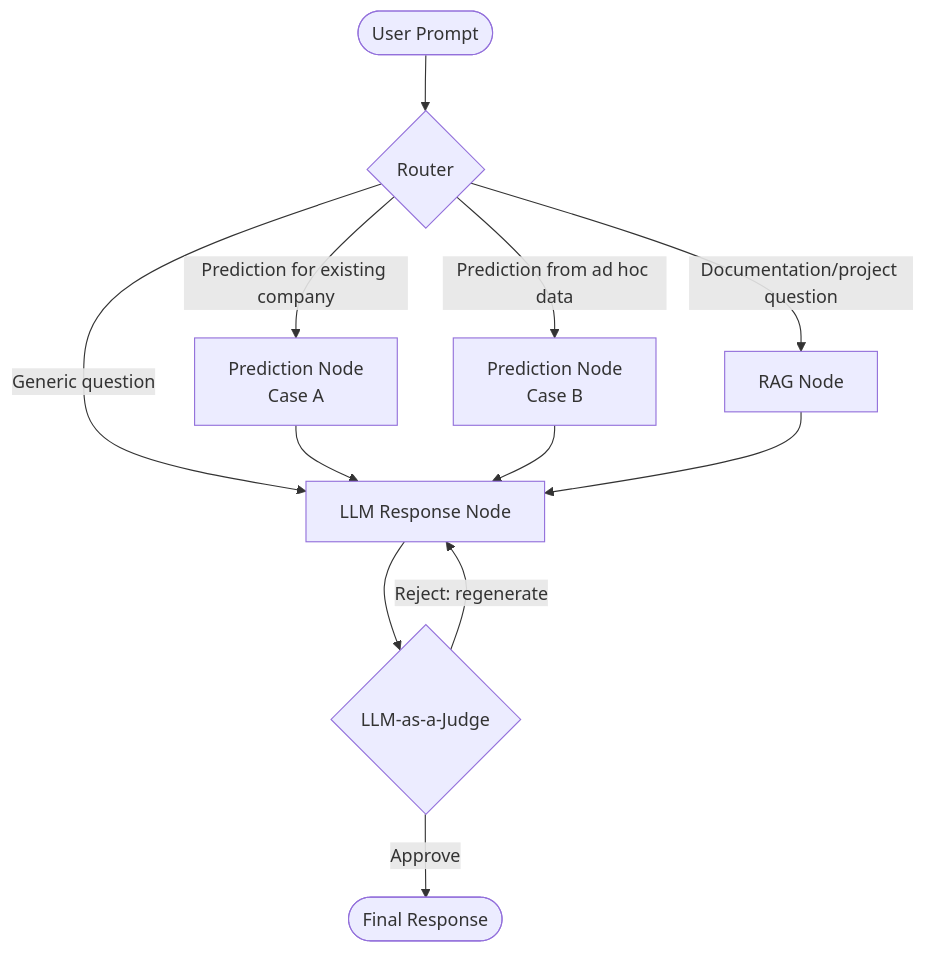
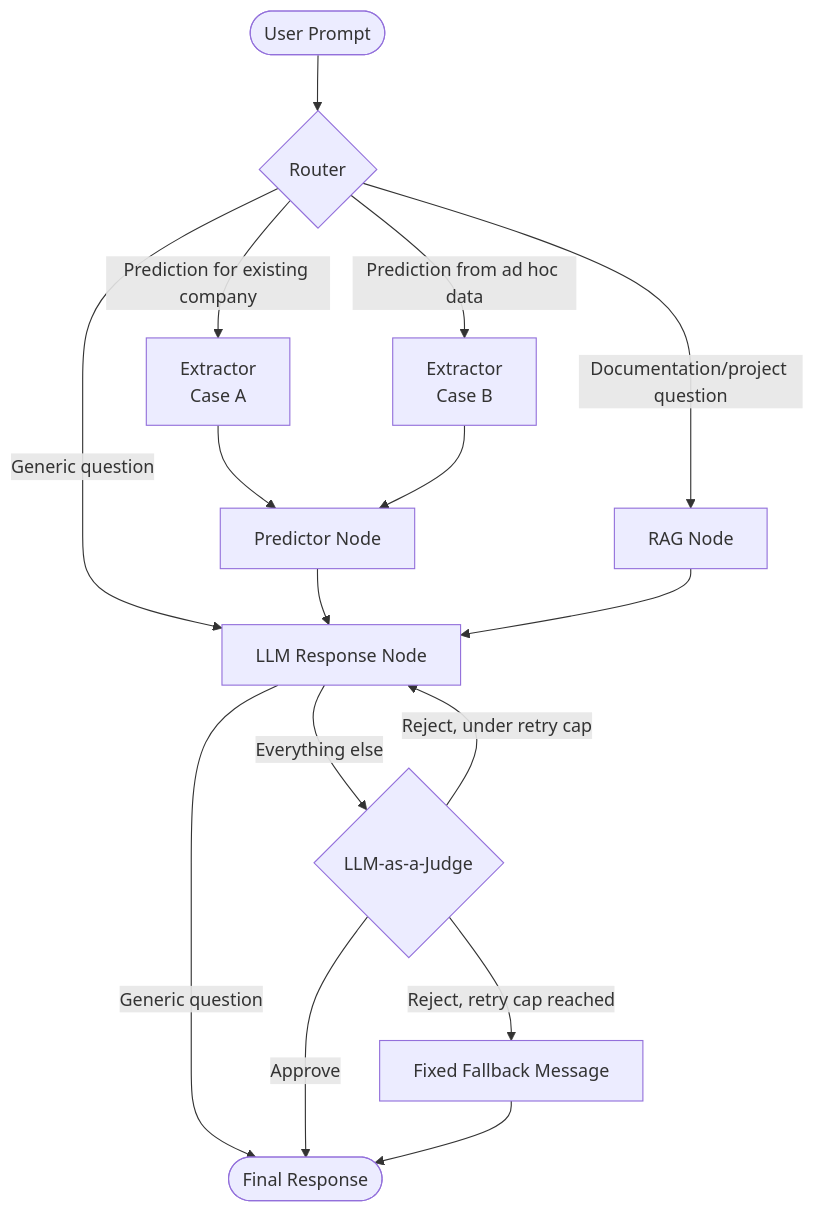
The diagram in README.md (simonescrofana/credit-default-pipeline), drawn with Mermaid before and after one commit. The commit also changed other lines of this file, not shown here.

````diff
--- a/README.md
+++ b/README.md
@@ -37,17 +37,21 @@
 ```mermaid
 graph TD
     START([User Prompt]) --> ROUTER{Router}
- 
-    ROUTER -->|Prediction for existing company| CASOA[Prediction Node<br/>Case A]
-    ROUTER -->|Prediction from ad hoc data| CASOB[Prediction Node<br/>Case B]
+
+    ROUTER -->|Prediction for existing company| EXTRACTOR_A[Extractor<br/>Case A]
+    ROUTER -->|Prediction from ad hoc data| EXTRACTOR_B[Extractor<br/>Case B]
     ROUTER -->|Documentation/project question| RAG[RAG Node]
     ROUTER -->|Generic question| RISPOSTA[LLM Response Node]
- 
-    CASOA --> RISPOSTA
-    CASOB --> RISPOSTA
+
+    EXTRACTOR_A --> PREDICTOR[Predictor Node]
+    EXTRACTOR_B --> PREDICTOR
+    PREDICTOR --> RISPOSTA
     RAG --> RISPOSTA
- 
-    RISPOSTA --> JUDGE{LLM-as-a-Judge}
-    JUDGE -->|Reject: regenerate| RISPOSTA
-    JUDGE -->|Approve| END([Final Response])
+
+    RISPOSTA -->|Generic question| END([Final Response])
+    RISPOSTA -->|Everything else| JUDGE{LLM-as-a-Judge}
+    JUDGE -->|Approve| END
+    JUDGE -->|Reject, under retry cap| RISPOSTA
+    JUDGE -->|Reject, retry cap reached| FALLBACK[Fixed Fallback Message]
+    FALLBACK --> END
 ```
````
